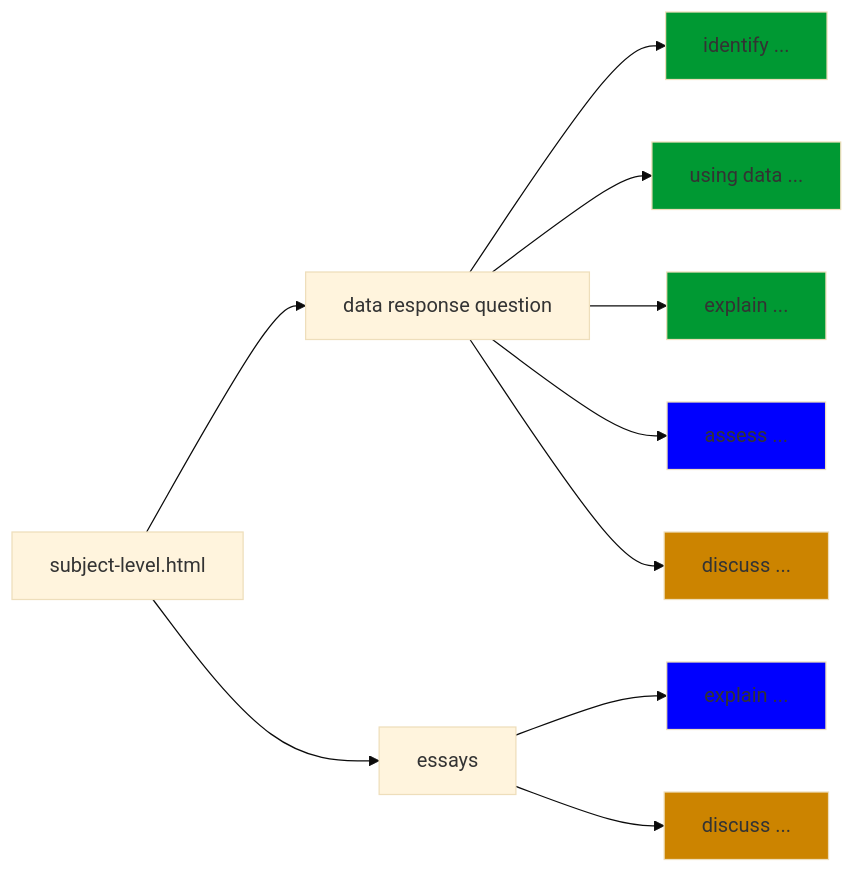
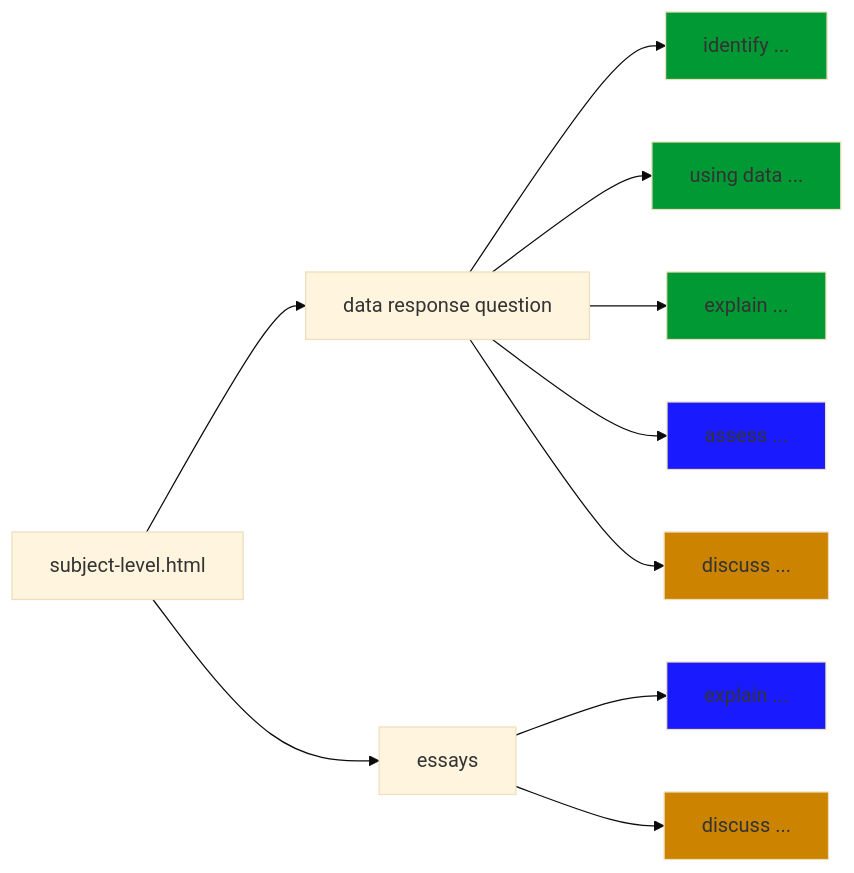
One commit to econmediadb/slides changed the first of 5 diagrams in docs/media/mermaid/2iec-econ-drq-unit4.md. Above: the diagram before and after it, drawn with Mermaid (base theme). The commit also changed other lines of this file and 1 other file, not shown here.

````diff
--- a/docs/media/mermaid/2iec-econ-drq-unit4.md
+++ b/docs/media/mermaid/2iec-econ-drq-unit4.md
@@ -9,27 +9,27 @@
 ```mermaid
 graph LR;
     A[subject-level.html] 
     A --> A3[data response question]
     A --> A4[essays]
 
     A3 --> A31[identify ...]
     A3 --> A32[using data ...]
     A3 --> A33[explain ...]
     A3 --> A34[assess ...]
     A3 --> A35[discuss ...]
 
     A4 --> A43[explain ...]
     A4 --> A45[discuss ...]
 
     style A31 fill:#009933
     style A32 fill:#009933
     style A33 fill:#009933
 
-    style A34 fill:#0000FF
+    style A34 fill:#1A1AFF
 
     style A35 fill:#CC8400
 
-    style A43 fill:#0000FF    
+    style A43 fill:#1A1AFF    
 
     style A45 fill:#CC8400    
 ```
````
